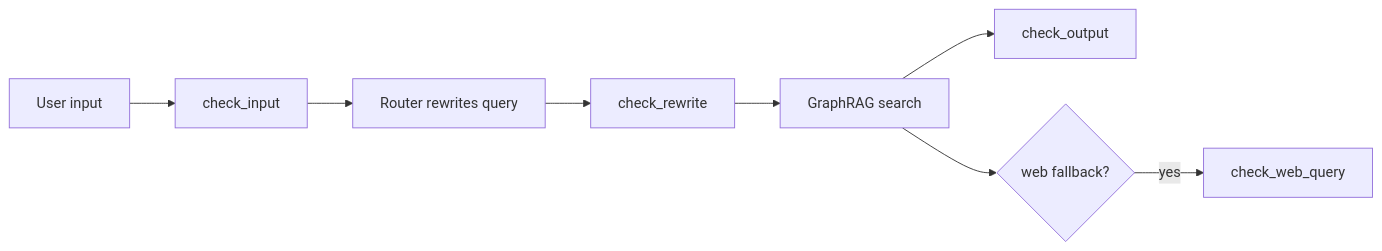
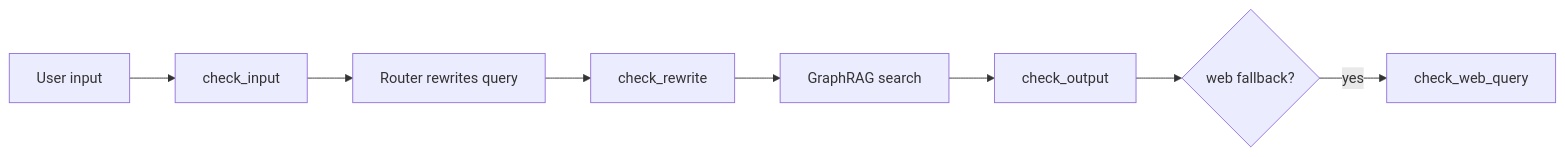
The third of 11 diagrams in docs/project/en/query_flow.md (huytu0702/gtog), drawn with Mermaid before and after one commit. The commit also changed other lines of this file and 6 other files, not shown here.

````diff
--- a/docs/project/en/query_flow.md
+++ b/docs/project/en/query_flow.md
@@ -109,10 +124,10 @@
 ```mermaid
 flowchart LR
     Input[User input] --> CheckIn[check_input]
     CheckIn --> Rewrite[Router rewrites query]
     Rewrite --> CheckRewrite[check_rewrite]
     CheckRewrite --> Search[GraphRAG search]
     Search --> CheckOut[check_output]
-    Search --> WebQ{web fallback?}
+    CheckOut --> WebQ{web fallback?}
     WebQ -- yes --> CheckWeb[check_web_query]
 ```
````
